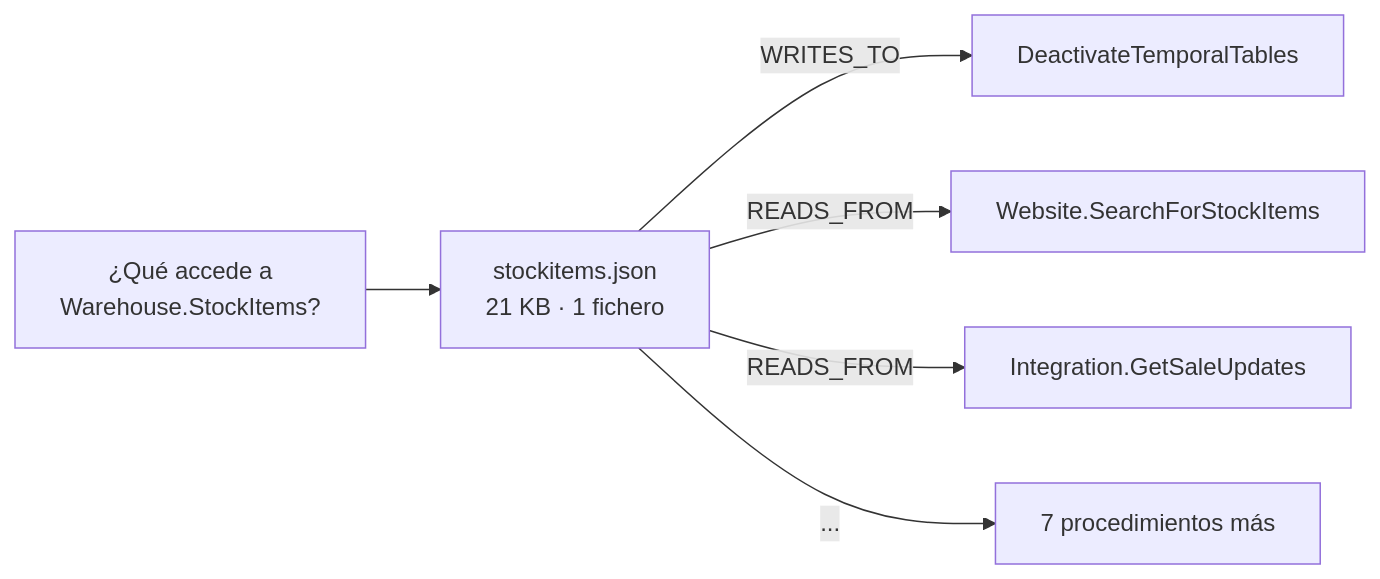
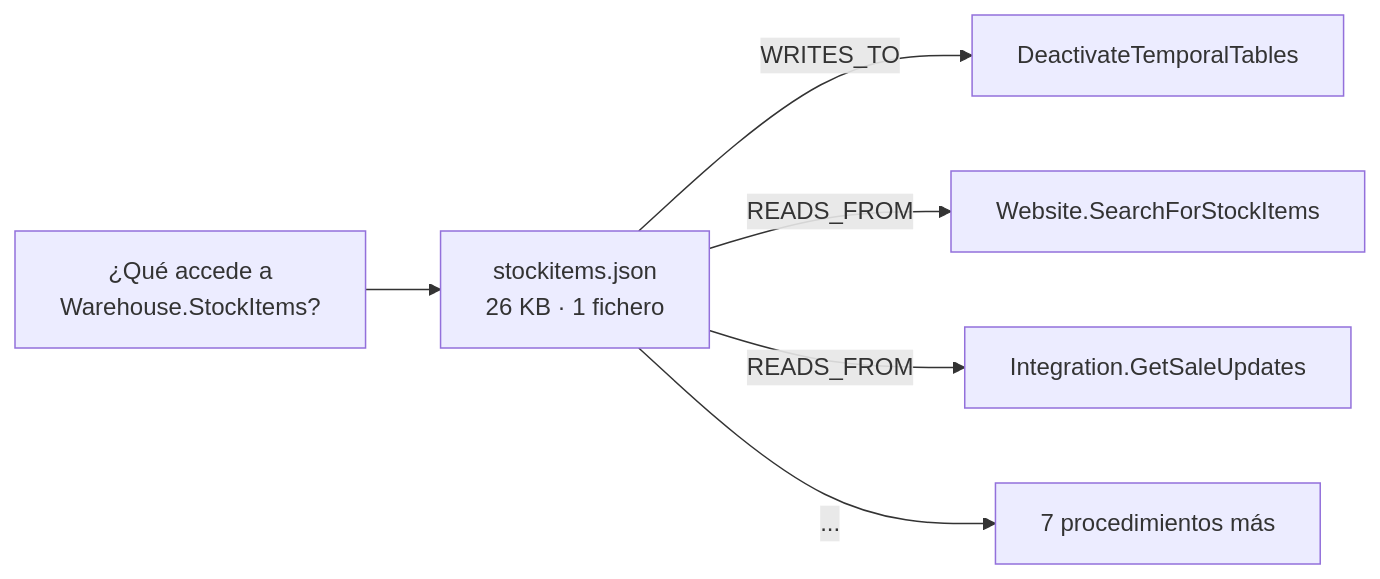
The second of 3 diagrams in content/04 Arquitectura IA/datos-navegables-para-agentes.md (rcm-on/quarz-blog), drawn with Mermaid before and after one commit. The commit also changed other lines of this file and 4 other files, not shown here.

````diff
--- a/content/04 Arquitectura IA/datos-navegables-para-agentes.md
+++ b/content/04 Arquitectura IA/datos-navegables-para-agentes.md
@@ -60,8 +60,8 @@
 ```mermaid
 graph LR
-    Q["¿Qué accede a\nWarehouse.StockItems?"] --> N1[stockitems.json\n21 KB · 1 fichero]
+    Q["¿Qué accede a\nWarehouse.StockItems?"] --> N1[stockitems.json\n26 KB · 1 fichero]
     N1 -->|WRITES_TO| N2[DeactivateTemporalTables]
     N1 -->|READS_FROM| N3[Website.SearchForStockItems]
     N1 -->|READS_FROM| N4[Integration.GetSaleUpdates]
     N1 -->|...| N5[7 procedimientos más]
 ```
````
